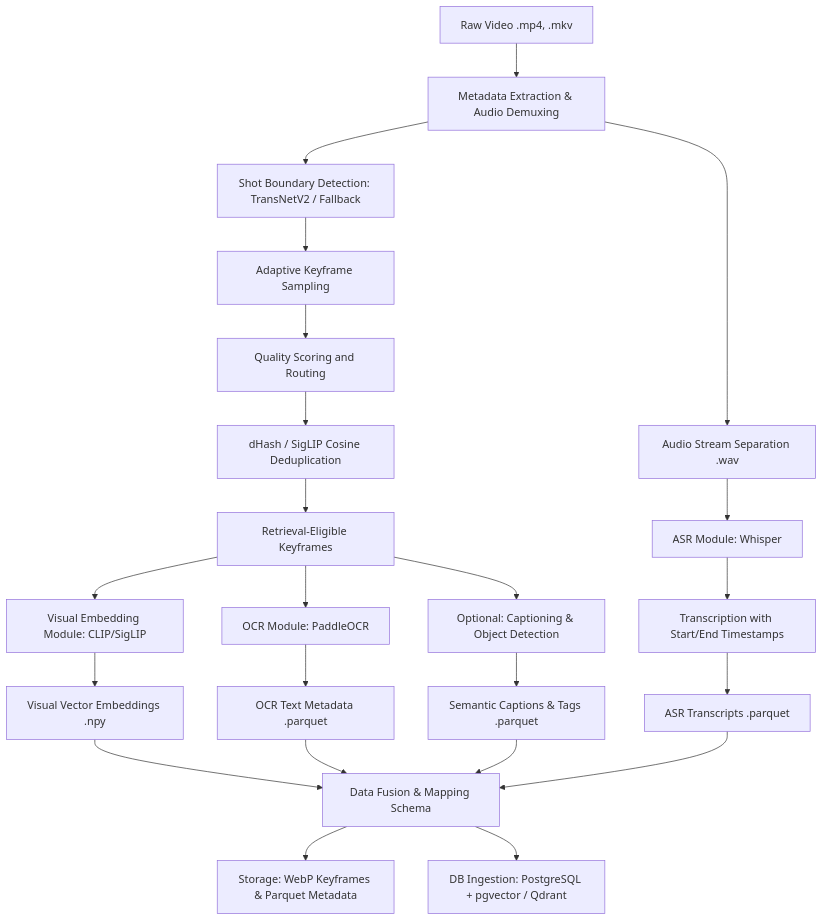
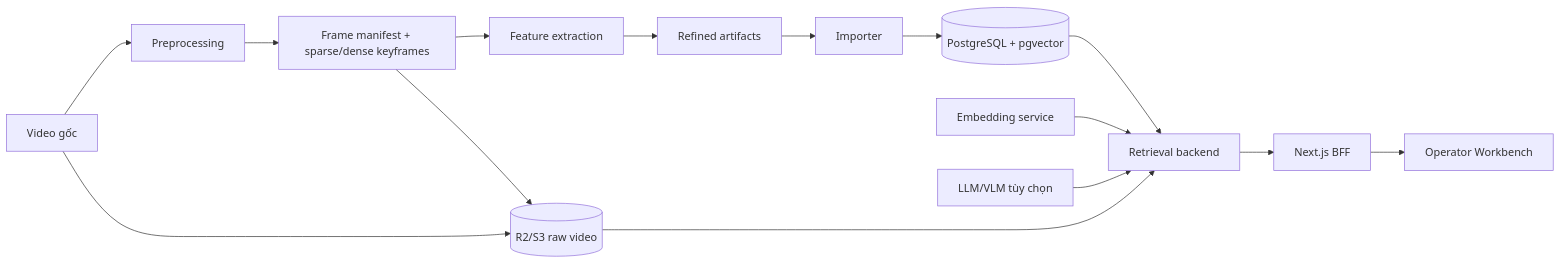
One commit to Hoaiduc195/aic2026 changed the diagram in README.md. Above: the diagram before and after it, drawn with Mermaid. The commit also changed other lines of this file and 26 other files, not shown here.

````diff
--- a/README.md
+++ b/README.md
@@ -29,28 +30,17 @@
 ```mermaid
-graph TD
-    A[Raw Video .mp4, .mkv] --> B[Metadata Extraction & Audio Demuxing]
-    B --> C1[Audio Stream Separation .wav]
-    B --> C2[Shot Boundary Detection: TransNetV2 / Fallback]
-    
-    C1 --> D1[ASR Module: Whisper]
-    D1 --> E1[Transcription with Start/End Timestamps]
-    
-    C2 --> D2[Adaptive Keyframe Sampling]
-    D2 --> D3[Quality Scoring and Routing]
-    D3 --> D4[dHash / SigLIP Cosine Deduplication]
-    
-    D4 --> E2[Retrieval-Eligible Keyframes]
-    
-    E2 --> F1[Visual Embedding Module: CLIP/SigLIP]
-    E2 --> F2[OCR Module: PaddleOCR]
-    E2 --> F3[Optional: Captioning & Object Detection]
-    
-    F1 --> G1[Visual Vector Embeddings .npy]
-    F2 --> G2[OCR Text Metadata .parquet]
-    F3 --> G3[Semantic Captions & Tags .parquet]
-    E1 --> G4[ASR Transcripts .parquet]
-    
-    G1 & G2 & G3 & G4 --> H[Data Fusion & Mapping Schema]
-    H --> I[Storage: WebP Keyframes & Parquet Metadata]
-    H --> J[DB Ingestion: PostgreSQL + pgvector / Qdrant]
+flowchart LR
+    A[Video gốc] --> B[Preprocessing]
+    B --> C[Frame manifest + sparse/dense keyframes]
+    C --> D[Feature extraction]
+    D --> E[Refined artifacts]
+    E --> F[Importer]
+    F --> G[(PostgreSQL + pgvector)]
+    A --> H[(R2/S3 raw video)]
+    C --> H
+    G --> I[Retrieval backend]
+    H --> I
+    J[Embedding service] --> I
+    K[LLM/VLM tùy chọn] --> I
+    I --> L[Next.js BFF]
+    L --> M[Operator Workbench]
 ```
````
